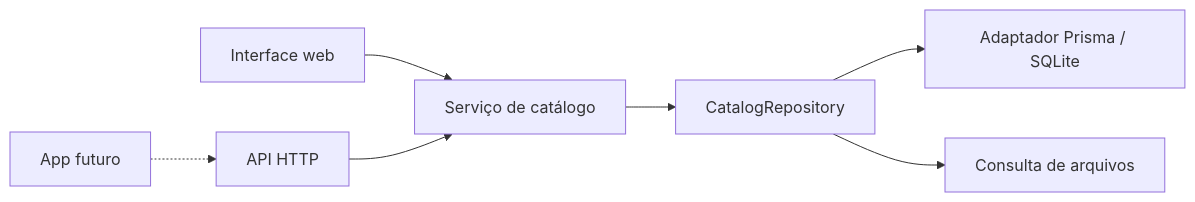
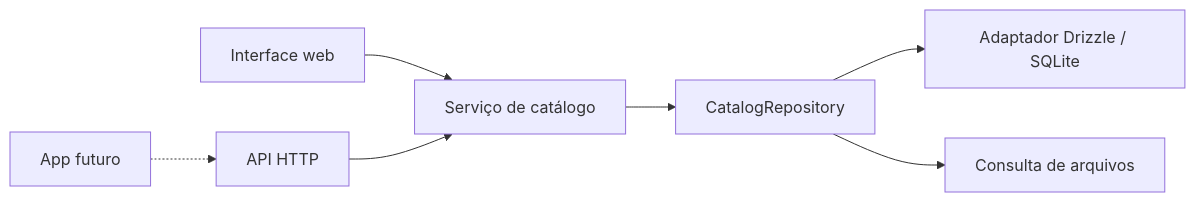
Before and after one commit to nyx43/site-estudo: the diagram in docs/ARCHITECTURE.md, drawn with Mermaid. The commit also changed other lines of this file and 26 other files, not shown here.

Commit message:
refactor: validate SQLite persistence with Drizzle

````diff
--- a/docs/ARCHITECTURE.md
+++ b/docs/ARCHITECTURE.md
@@ -9,9 +9,9 @@
 ```mermaid
 flowchart LR
   Web[Interface web] --> Service[Serviço de catálogo]
   Mobile[App futuro] -.-> HTTP[API HTTP]
   HTTP --> Service
   Service --> Port[CatalogRepository]
-  Port --> DB[Adaptador Prisma / SQLite]
+  Port --> DB[Adaptador Drizzle / SQLite]
   Port --> Files[Consulta de arquivos]
 ```
````
